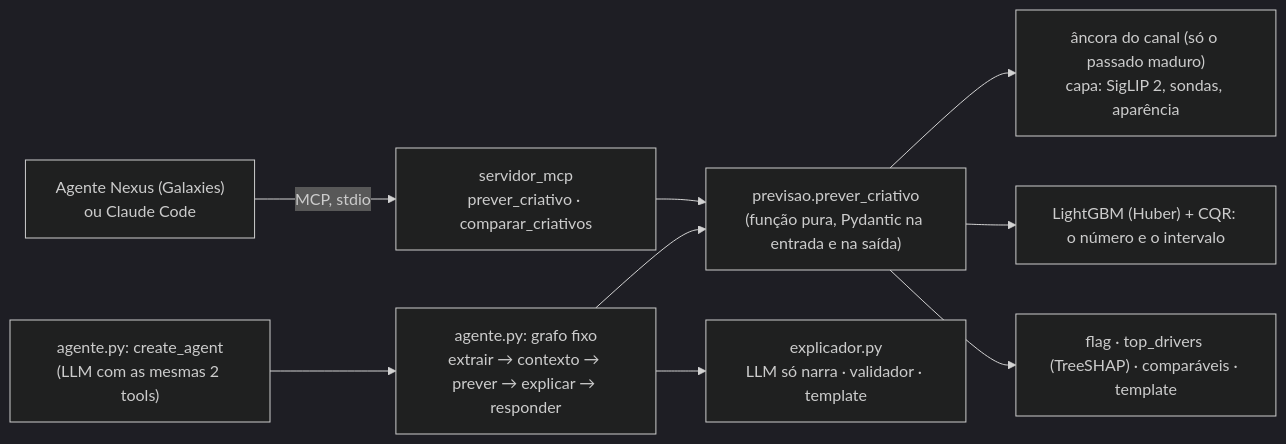
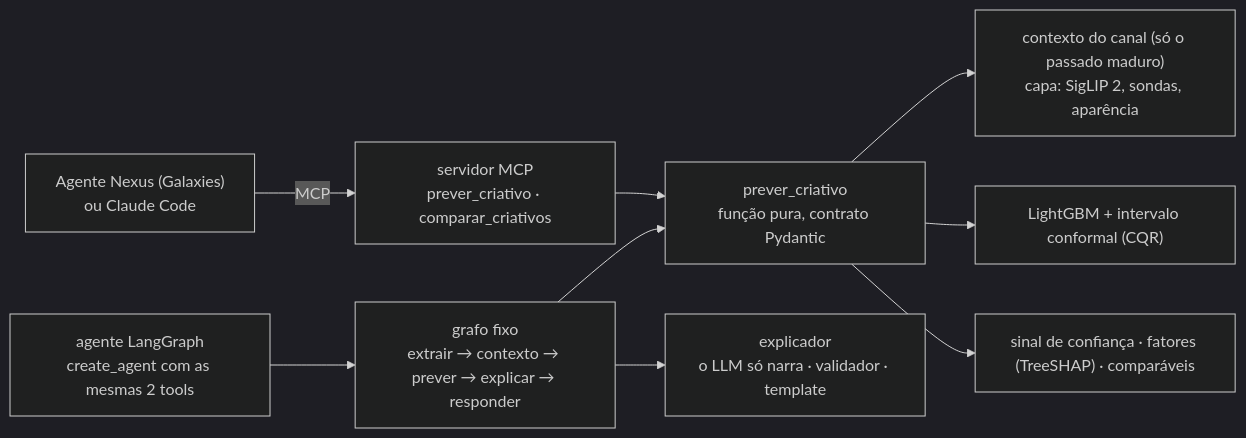
One commit to viniciuscastiglia/case-galaxies changed the diagram in README.md. Above: the diagram before and after it, drawn with Mermaid (dark theme). The commit also changed other lines of this file and 2 other files, not shown here.

Commit message:
docs(readme): professional restructure: overview, highlights, quickstart and Python/MCP usage, then the nine briefing sections in product language, repository layout and terms

````diff
--- a/README.md
+++ b/README.md
@@ -66,11 +102,11 @@
 ```mermaid
 flowchart LR
-    C["Agente Nexus (Galaxies)<br/>ou Claude Code"] -->|MCP, stdio| S["servidor_mcp<br/>prever_criativo · comparar_criativos"]
-    L["agente.py: create_agent<br/>(LLM com as mesmas 2 tools)"] --> GR["agente.py: grafo fixo<br/>extrair → contexto → prever → explicar → responder"]
-    S --> F["previsao.prever_criativo<br/>(função pura, Pydantic na entrada e na saída)"]
+    C["Agente Nexus (Galaxies)<br/>ou Claude Code"] -->|MCP| S["servidor MCP<br/>prever_criativo · comparar_criativos"]
+    L["agente LangGraph<br/>create_agent com as mesmas 2 tools"] --> GR["grafo fixo<br/>extrair → contexto → prever → explicar → responder"]
+    S --> F["prever_criativo<br/>função pura, contrato Pydantic"]
     GR --> F
-    GR --> E["explicador.py<br/>LLM só narra · validador · template"]
-    F --> K["âncora do canal (só o passado maduro)<br/>capa: SigLIP 2, sondas, aparência"]
-    F --> M["LightGBM (Huber) + CQR: o número e o intervalo"]
-    F --> X["flag · top_drivers (TreeSHAP) · comparáveis · template"]
+    GR --> E["explicador<br/>o LLM só narra · validador · template"]
+    F --> K["contexto do canal (só o passado maduro)<br/>capa: SigLIP 2, sondas, aparência"]
+    F --> M["LightGBM + intervalo conformal (CQR)"]
+    F --> X["sinal de confiança · fatores (TreeSHAP) · comparáveis"]
 ```
````
